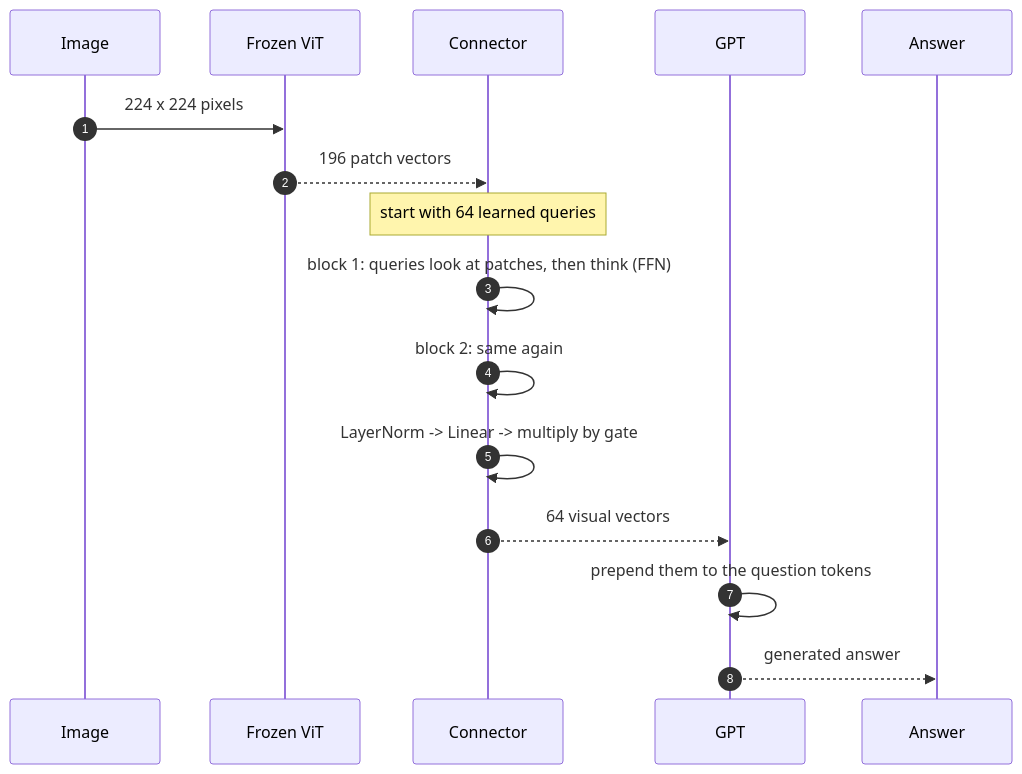
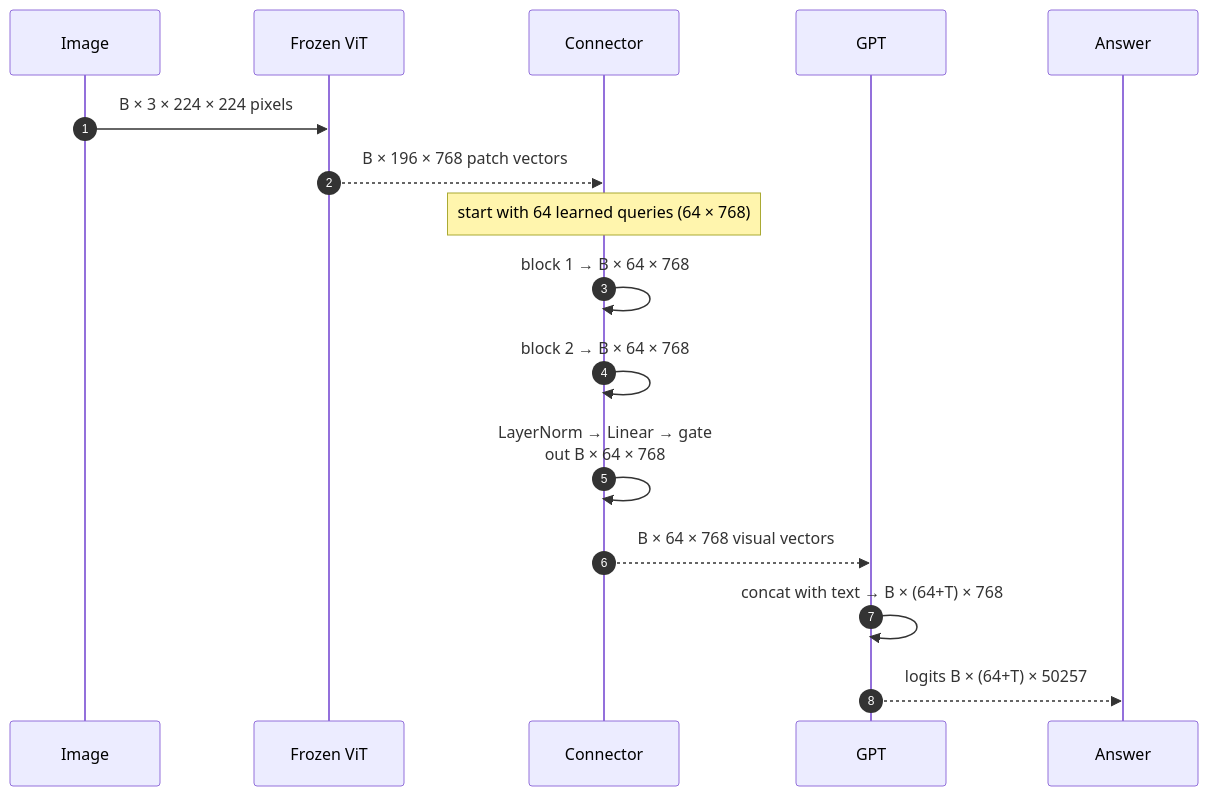
Before and after one commit to AsishKumarDalal/medicalvllm: the fourth of 9 diagrams in experiment/connector.md, drawn with Mermaid. The commit also changed other lines of this file, not shown here.

Commit message:
Annotate every connector diagram node with output dimensions

````diff
--- a/experiment/connector.md
+++ b/experiment/connector.md
@@ -76,19 +76,19 @@
 ```mermaid
 sequenceDiagram
     autonumber
     participant IMG as Image
     participant VIT as Frozen ViT
     participant CON as Connector
     participant GPT as GPT
     participant OUT as Answer
 
-    IMG->>VIT: 224 x 224 pixels
-    VIT-->>CON: 196 patch vectors
-    Note over CON: start with 64 learned queries
-    CON->>CON: block 1: queries look at patches, then think (FFN)
-    CON->>CON: block 2: same again
-    CON->>CON: LayerNorm -> Linear -> multiply by gate
-    CON-->>GPT: 64 visual vectors
-    GPT->>GPT: prepend them to the question tokens
-    GPT-->>OUT: generated answer
+    IMG->>VIT: B × 3 × 224 × 224 pixels
+    VIT-->>CON: B × 196 × 768 patch vectors
+    Note over CON: start with 64 learned queries (64 × 768)
+    CON->>CON: block 1 → B × 64 × 768
+    CON->>CON: block 2 → B × 64 × 768
+    CON->>CON: LayerNorm → Linear → gate<br/>out B × 64 × 768
+    CON-->>GPT: B × 64 × 768 visual vectors
+    GPT->>GPT: concat with text → B × (64+T) × 768
+    GPT-->>OUT: logits B × (64+T) × 50257
 ```
````
